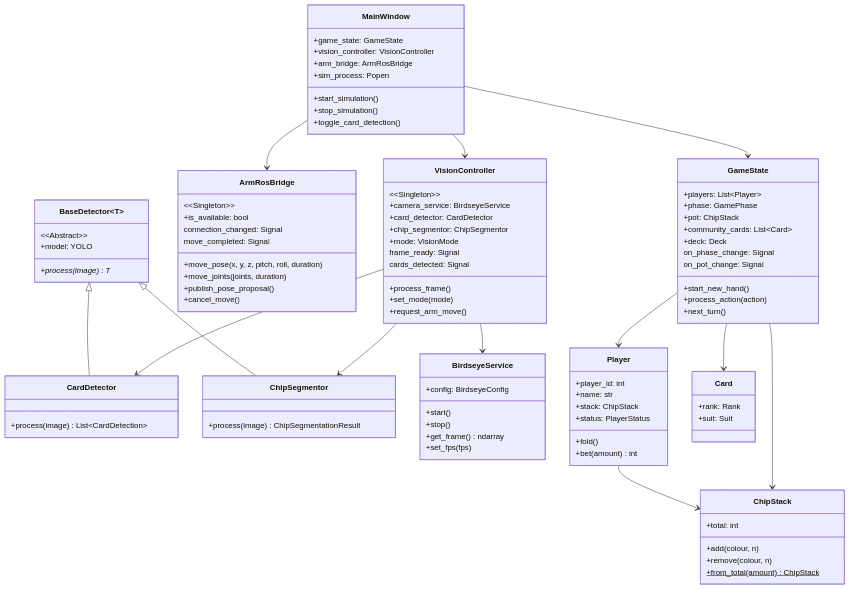
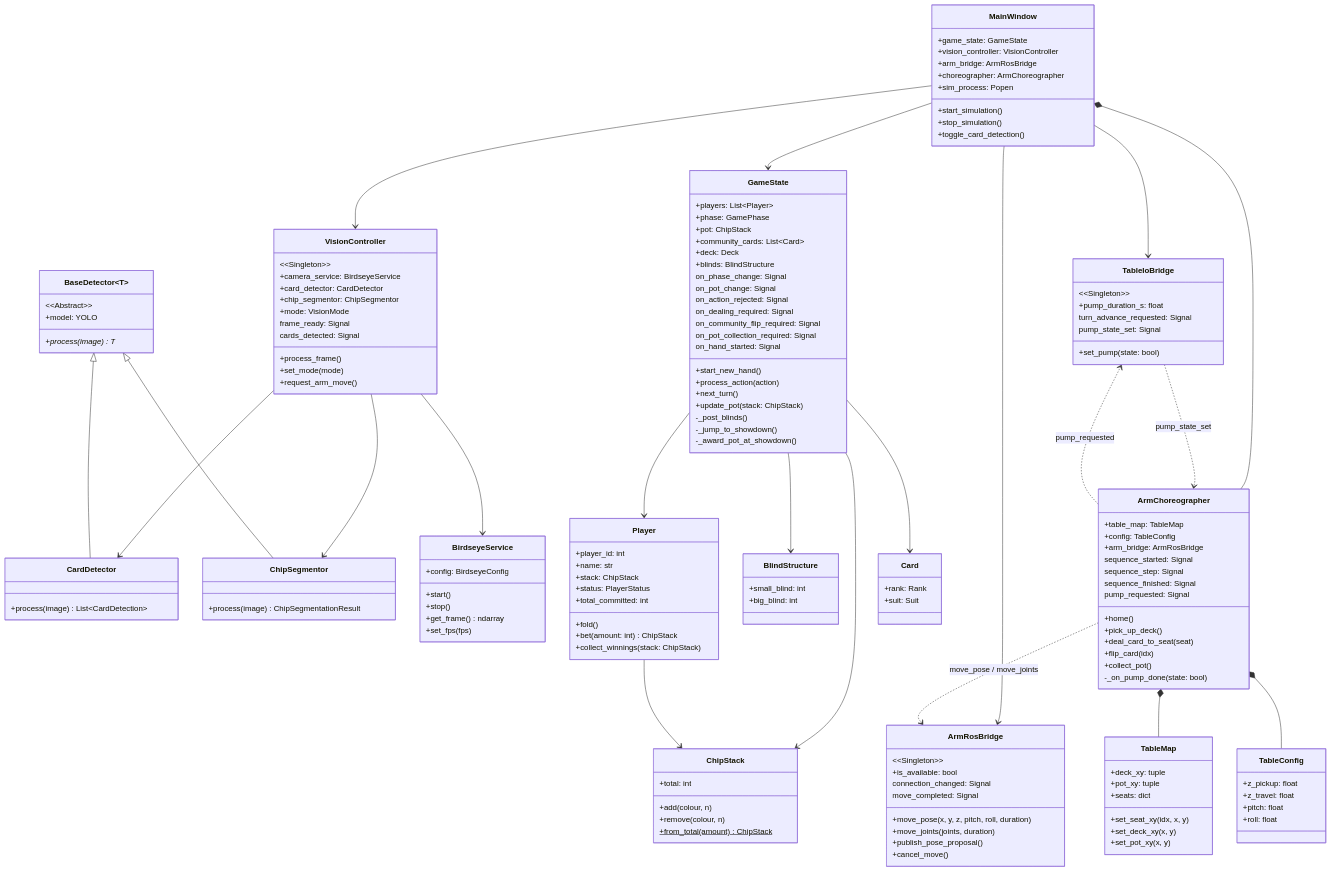
Before and after one commit to jalliet/prap-25-26: the diagram in docs/diagrams/class-relationships/class-relationships.mmd, drawn with Mermaid. The commit also changed 15 other files, not shown here.

First line of the commit message:
docs: choreographer + pump architecture in CLAUDE/README, diagrams updated

```diff
--- a/docs/diagrams/class-relationships/class-relationships.mmd
+++ b/docs/diagrams/class-relationships/class-relationships.mmd
@@ -1,103 +1,169 @@
 classDiagram
     class MainWindow {
         +game_state: GameState
         +vision_controller: VisionController
         +arm_bridge: ArmRosBridge
+        +choreographer: ArmChoreographer
         +sim_process: Popen
         +start_simulation()
         +stop_simulation()
         +toggle_card_detection()
     }
 
     class VisionController {
         &lt;&lt;Singleton&gt;&gt;
         +camera_service: BirdseyeService
         +card_detector: CardDetector
         +chip_segmentor: ChipSegmentor
         +mode: VisionMode
         +process_frame()
         +set_mode(mode)
         +request_arm_move()
         frame_ready: Signal
         cards_detected: Signal
     }
 
     class ArmRosBridge {
         &lt;&lt;Singleton&gt;&gt;
         +is_available: bool
         +move_pose(x, y, z, pitch, roll, duration)
         +move_joints(joints, duration)
         +publish_pose_proposal()
         +cancel_move()
         connection_changed: Signal
         move_completed: Signal
     }
 
     class GameState {
         +players: List~Player~
         +phase: GamePhase
         +pot: ChipStack
         +community_cards: List~Card~
         +deck: Deck
+        +blinds: BlindStructure
         +start_new_hand()
         +process_action(action)
         +next_turn()
+        +update_pot(stack: ChipStack)
+        -_post_blinds()
+        -_jump_to_showdown()
+        -_award_pot_at_showdown()
         on_phase_change: Signal
         on_pot_change: Signal
+        on_action_rejected: Signal
+        on_dealing_required: Signal
+        on_community_flip_required: Signal
+        on_pot_collection_required: Signal
+        on_hand_started: Signal
     }
 
     class BaseDetector~T~ {
         &lt;&lt;Abstract&gt;&gt;
         +model: YOLO
         +process(image)* T
     }
 
     class CardDetector {
         +process(image) List~CardDetection~
     }
 
     class ChipSegmentor {
         +process(image) ChipSegmentationResult
     }
 
     class BirdseyeService {
         +config: BirdseyeConfig
         +start()
         +stop()
         +get_frame() ndarray
         +set_fps(fps)
     }
 
     class Player {
         +player_id: int
         +name: str
         +stack: ChipStack
         +status: PlayerStatus
+        +total_committed: int
         +fold()
-        +bet(amount) int
+        +bet(amount: int) ChipStack
+        +collect_winnings(stack: ChipStack)
+    }
+
+    class BlindStructure {
+        +small_blind: int
+        +big_blind: int
+    }
+
+    class TableIoBridge {
+        &lt;&lt;Singleton&gt;&gt;
+        +pump_duration_s: float
+        +set_pump(state: bool)
+        turn_advance_requested: Signal
+        pump_state_set: Signal
+    }
+
+    class ArmChoreographer {
+        +table_map: TableMap
+        +config: TableConfig
+        +arm_bridge: ArmRosBridge
+        +home()
+        +pick_up_deck()
+        +deal_card_to_seat(seat)
+        +flip_card(idx)
+        +collect_pot()
+        -_on_pump_done(state: bool)
+        sequence_started: Signal
+        sequence_step: Signal
+        sequence_finished: Signal
+        pump_requested: Signal
+    }
+
+    class TableMap {
+        +deck_xy: tuple
+        +pot_xy: tuple
+        +seats: dict
+        +set_seat_xy(idx, x, y)
+        +set_deck_xy(x, y)
+        +set_pot_xy(x, y)
+    }
+
+    class TableConfig {
+        +z_pickup: float
+        +z_travel: float
+        +pitch: float
+        +roll: float
     }
 
     class ChipStack {
         +total: int
         +add(colour, n)
         +remove(colour, n)
         +from_total(amount)$ ChipStack
     }
 
     class Card {
         +rank: Rank
         +suit: Suit
     }
 
     MainWindow --> VisionController
     MainWindow --> ArmRosBridge
     MainWindow --> GameState
+    MainWindow --> TableIoBridge
+    MainWindow *-- ArmChoreographer
+    ArmChoreographer *-- TableMap
+    ArmChoreographer *-- TableConfig
+    ArmChoreographer ..> ArmRosBridge : move_pose / move_joints
     VisionController --> BirdseyeService
     VisionController --> CardDetector
     VisionController --> ChipSegmentor
     BaseDetector <|-- CardDetector
     BaseDetector <|-- ChipSegmentor
     GameState --> Player
     GameState --> Card
     GameState --> ChipStack
+    GameState --> BlindStructure
     Player --> ChipStack
+    ArmChoreographer ..> TableIoBridge : pump_requested
+    TableIoBridge ..> ArmChoreographer : pump_state_set
```
